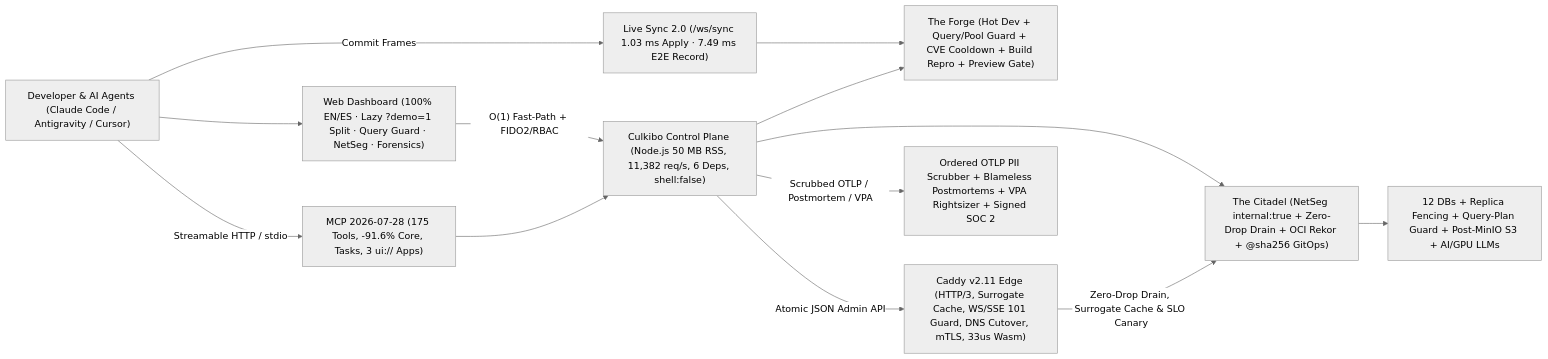
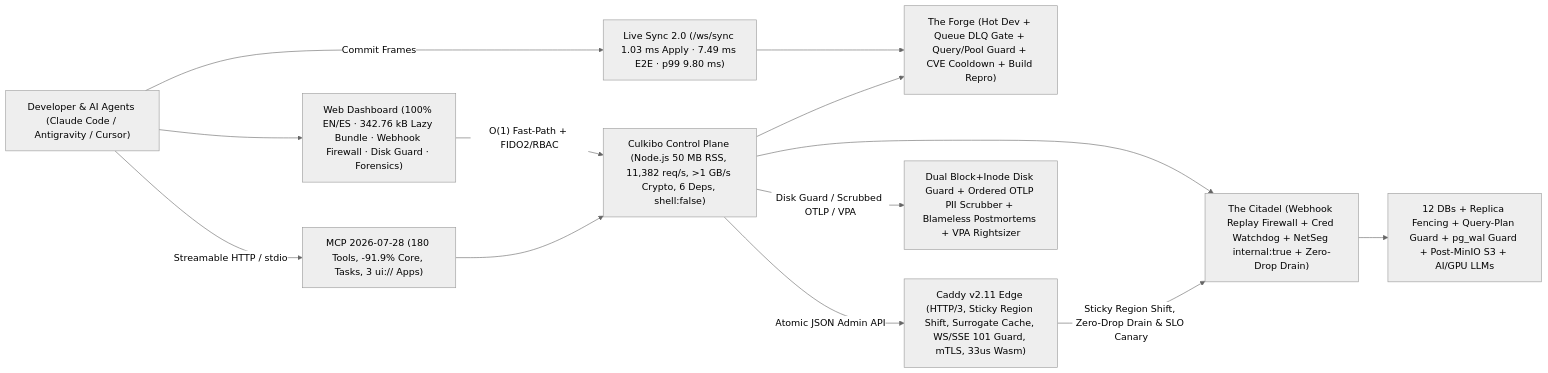
Before and after one commit to macaqueboy/culkibo: the diagram in README.md, drawn with Mermaid (neutral theme). The commit also changed other lines of this file and 28 other files, not shown here.

Commit message:
feat(cycle-19): 180 MCP Tools (-92.3% Core), 80 Suites, 130.6ms Boot & 50 MB RAM across 121+ services — webhook firewall, disk/inode guard, region shift, cred watchdog & queue DLQ

````diff
--- a/README.md
+++ b/README.md
@@ -193,26 +193,26 @@
 ```mermaid
 flowchart LR
     Dev["Developer & AI Agents (Claude Code / Antigravity / Cursor)"]
-    UI["Web Dashboard (100% EN/ES · Lazy ?demo=1 Split · Query Guard · NetSeg · Forensics)"]
-    MCP["MCP 2026-07-28 (175 Tools, -91.6% Core, Tasks, 3 ui:// Apps)"]
-    Sync["Live Sync 2.0 (/ws/sync 1.03 ms Apply · 7.49 ms E2E Record)"]
-    CP["Culkibo Control Plane (Node.js 50 MB RSS, 11,382 req/s, 6 Deps, shell:false)"]
-    Forge["The Forge (Hot Dev + Query/Pool Guard + CVE Cooldown + Build Repro + Preview Gate)"]
-    Citadel["The Citadel (NetSeg internal:true + Zero-Drop Drain + OCI Rekor + @sha256 GitOps)"]
-    Caddy["Caddy v2.11 Edge (HTTP/3, Surrogate Cache, WS/SSE 101 Guard, DNS Cutover, mTLS, 33us Wasm)"]
-    Obs["Ordered OTLP PII Scrubber + Blameless Postmortems + VPA Rightsizer + Signed SOC 2"]
-    Data["12 DBs + Replica Fencing + Query-Plan Guard + Post-MinIO S3 + AI/GPU LLMs"]
+    UI["Web Dashboard (100% EN/ES · 342.76 kB Lazy Bundle · Webhook Firewall · Disk Guard · Forensics)"]
+    MCP["MCP 2026-07-28 (180 Tools, -91.9% Core, Tasks, 3 ui:// Apps)"]
+    Sync["Live Sync 2.0 (/ws/sync 1.03 ms Apply · 7.49 ms E2E · p99 9.80 ms)"]
+    CP["Culkibo Control Plane (Node.js 50 MB RSS, 11,382 req/s, >1 GB/s Crypto, 6 Deps, shell:false)"]
+    Forge["The Forge (Hot Dev + Queue DLQ Gate + Query/Pool Guard + CVE Cooldown + Build Repro)"]
+    Citadel["The Citadel (Webhook Replay Firewall + Cred Watchdog + NetSeg internal:true + Zero-Drop Drain)"]
+    Caddy["Caddy v2.11 Edge (HTTP/3, Sticky Region Shift, Surrogate Cache, WS/SSE 101 Guard, mTLS, 33us Wasm)"]
+    Obs["Dual Block+Inode Disk Guard + Ordered OTLP PII Scrubber + Blameless Postmortems + VPA Rightsizer"]
+    Data["12 DBs + Replica Fencing + Query-Plan Guard + pg_wal Guard + Post-MinIO S3 + AI/GPU LLMs"]
 
     Dev -->|"Streamable HTTP / stdio"| MCP
     Dev -->|"Commit Frames"| Sync
     Dev --> UI
     UI -->|"O(1) Fast-Path + FIDO2/RBAC"| CP
     MCP --> CP
     Sync --> Forge
     CP --> Forge
     CP --> Citadel
     CP -->|"Atomic JSON Admin API"| Caddy
-    CP -->|"Scrubbed OTLP / Postmortem / VPA"| Obs
+    CP -->|"Disk Guard / Scrubbed OTLP / VPA"| Obs
     Citadel --> Data
-    Caddy -->|"Zero-Drop Drain, Surrogate Cache & SLO Canary"| Citadel
+    Caddy -->|"Sticky Region Shift, Zero-Drop Drain & SLO Canary"| Citadel
 ```
````
